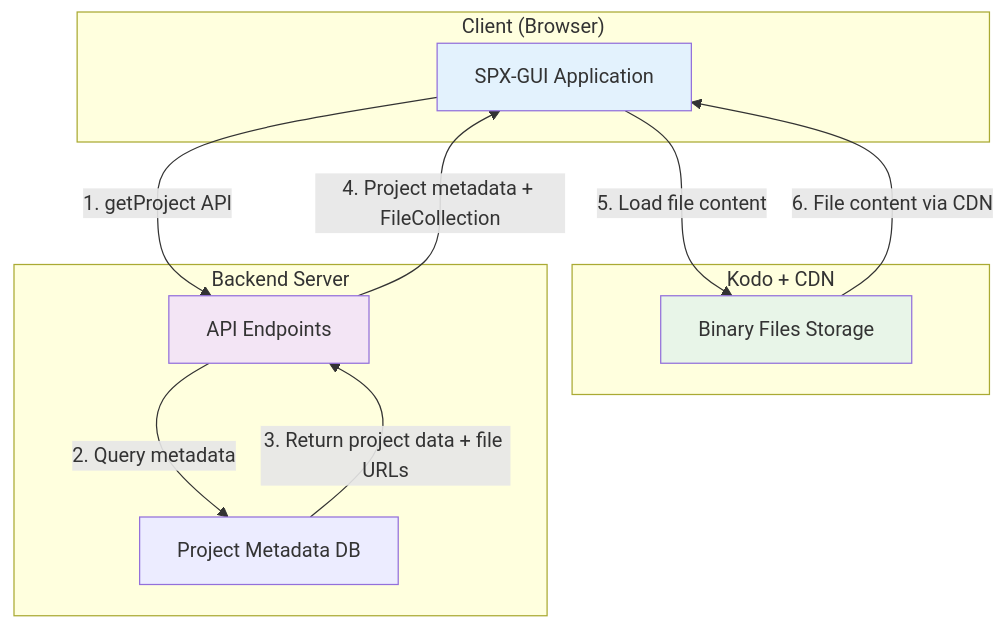
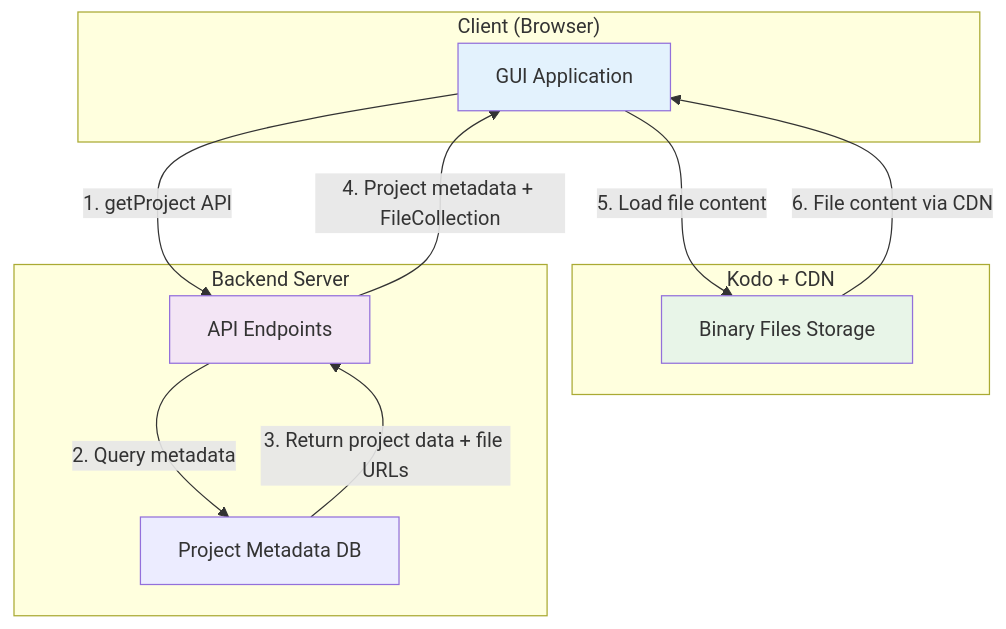
One commit to goplus/builder changed the first of 9 diagrams in docs/develop/project-loading/index.md. Above: the diagram before and after it, drawn with Mermaid. The commit also changed other lines of this file and 10 other files, not shown here.

````diff
--- a/docs/develop/project-loading/index.md
+++ b/docs/develop/project-loading/index.md
@@ -23,27 +23,27 @@
 ```mermaid
 graph TB
     subgraph "Client (Browser)"
-        A[SPX-GUI Application]
+        A[GUI Application]
     end
 
     subgraph "Kodo + CDN"
         H[Binary Files Storage]
     end
     
     subgraph "Backend Server"
         D[API Endpoints]
         E[Project Metadata DB]
     end
     
     A -->|1. getProject API| D
     D -->|2. Query metadata| E
     E -->|3. Return project data + file URLs| D
     D -->|4. Project metadata + FileCollection| A
     
     A -->|5. Load file content| H
     H -->|6. File content via CDN| A
     
     style A fill:#e3f2fd
     style D fill:#f3e5f5
     style H fill:#e8f5e8
 ```
````
